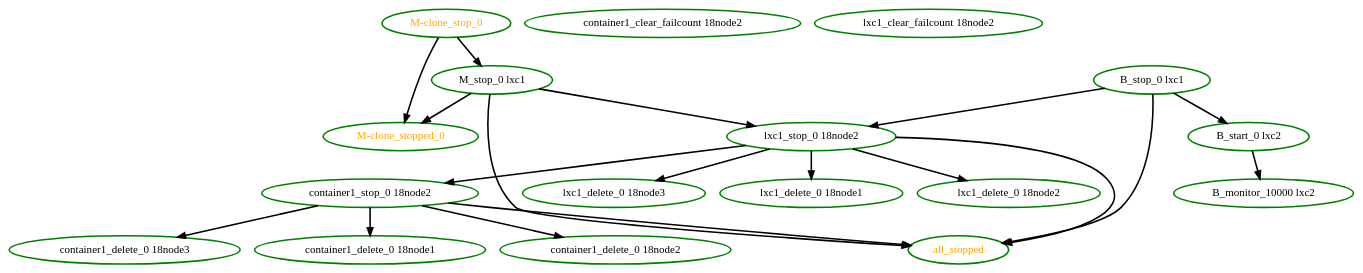
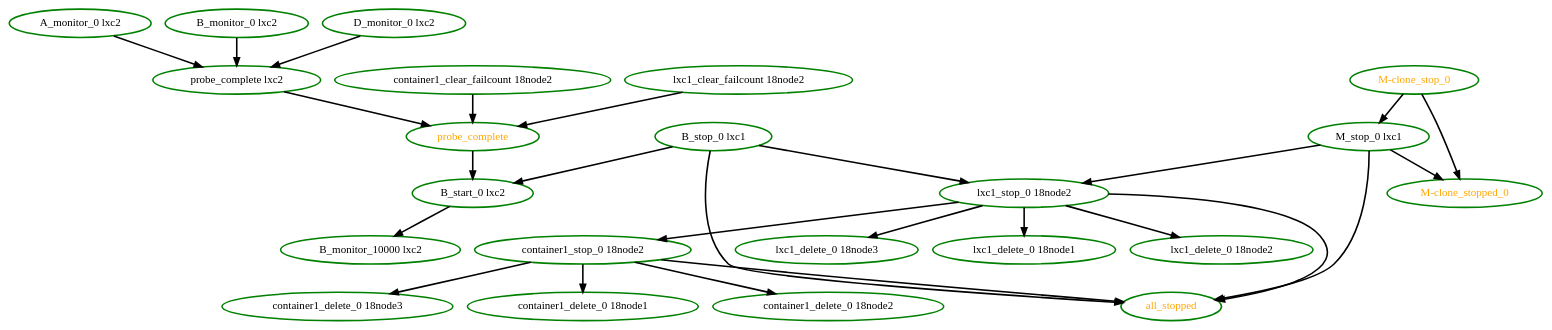
Before and after one commit to ClusterLabs/pacemaker: the diagram in pengine/test10/whitebox-orphaned.dot, drawn with Graphviz. The commit also changed 26 other files, not shown here.

Commit message:
Low: pengine: Regression tests updated for container node probes

```diff
--- a/pengine/test10/whitebox-orphaned.dot
+++ b/pengine/test10/whitebox-orphaned.dot
@@ -1,37 +1,49 @@
  digraph "g" {
+"A_monitor_0 lxc2" -> "probe_complete lxc2" [ style = bold]
+"A_monitor_0 lxc2" [ style=bold color="green" fontcolor="black"]
+"B_monitor_0 lxc2" -> "probe_complete lxc2" [ style = bold]
+"B_monitor_0 lxc2" [ style=bold color="green" fontcolor="black"]
 "B_monitor_10000 lxc2" [ style=bold color="green" fontcolor="black"]
 "B_start_0 lxc2" -> "B_monitor_10000 lxc2" [ style = bold]
 "B_start_0 lxc2" [ style=bold color="green" fontcolor="black"]
 "B_stop_0 lxc1" -> "B_start_0 lxc2" [ style = bold]
 "B_stop_0 lxc1" -> "all_stopped" [ style = bold]
 "B_stop_0 lxc1" -> "lxc1_stop_0 18node2" [ style = bold]
 "B_stop_0 lxc1" [ style=bold color="green" fontcolor="black"]
+"D_monitor_0 lxc2" -> "probe_complete lxc2" [ style = bold]
+"D_monitor_0 lxc2" [ style=bold color="green" fontcolor="black"]
 "M-clone_stop_0" -> "M-clone_stopped_0" [ style = bold]
 "M-clone_stop_0" -> "M_stop_0 lxc1" [ style = bold]
 "M-clone_stop_0" [ style=bold color="green" fontcolor="orange"]
 "M-clone_stopped_0" [ style=bold color="green" fontcolor="orange"]
 "M_stop_0 lxc1" -> "M-clone_stopped_0" [ style = bold]
 "M_stop_0 lxc1" -> "all_stopped" [ style = bold]
 "M_stop_0 lxc1" -> "lxc1_stop_0 18node2" [ style = bold]
 "M_stop_0 lxc1" [ style=bold color="green" fontcolor="black"]
 "all_stopped" [ style=bold color="green" fontcolor="orange"]
+"container1_clear_failcount 18node2" -> "probe_complete" [ style = bold]
 "container1_clear_failcount 18node2" [ style=bold color="green" fontcolor="black"]
 "container1_delete_0 18node1" [ style=bold color="green" fontcolor="black"]
 "container1_delete_0 18node2" [ style=bold color="green" fontcolor="black"]
 "container1_delete_0 18node3" [ style=bold color="green" fontcolor="black"]
 "container1_stop_0 18node2" -> "all_stopped" [ style = bold]
 "container1_stop_0 18node2" -> "container1_delete_0 18node1" [ style = bold]
 "container1_stop_0 18node2" -> "container1_delete_0 18node2" [ style = bold]
 "container1_stop_0 18node2" -> "container1_delete_0 18node3" [ style = bold]
 "container1_stop_0 18node2" [ style=bold color="green" fontcolor="black"]
+"lxc1_clear_failcount 18node2" -> "probe_complete" [ style = bold]
 "lxc1_clear_failcount 18node2" [ style=bold color="green" fontcolor="black"]
 "lxc1_delete_0 18node1" [ style=bold color="green" fontcolor="black"]
 "lxc1_delete_0 18node2" [ style=bold color="green" fontcolor="black"]
 "lxc1_delete_0 18node3" [ style=bold color="green" fontcolor="black"]
 "lxc1_stop_0 18node2" -> "all_stopped" [ style = bold]
 "lxc1_stop_0 18node2" -> "container1_stop_0 18node2" [ style = bold]
 "lxc1_stop_0 18node2" -> "lxc1_delete_0 18node1" [ style = bold]
 "lxc1_stop_0 18node2" -> "lxc1_delete_0 18node2" [ style = bold]
 "lxc1_stop_0 18node2" -> "lxc1_delete_0 18node3" [ style = bold]
 "lxc1_stop_0 18node2" [ style=bold color="green" fontcolor="black"]
+"probe_complete lxc2" -> "probe_complete" [ style = bold]
+"probe_complete lxc2" [ style=bold color="green" fontcolor="black"]
+"probe_complete" -> "B_start_0 lxc2" [ style = bold]
+"probe_complete" [ style=bold color="green" fontcolor="orange"]
 }
```
